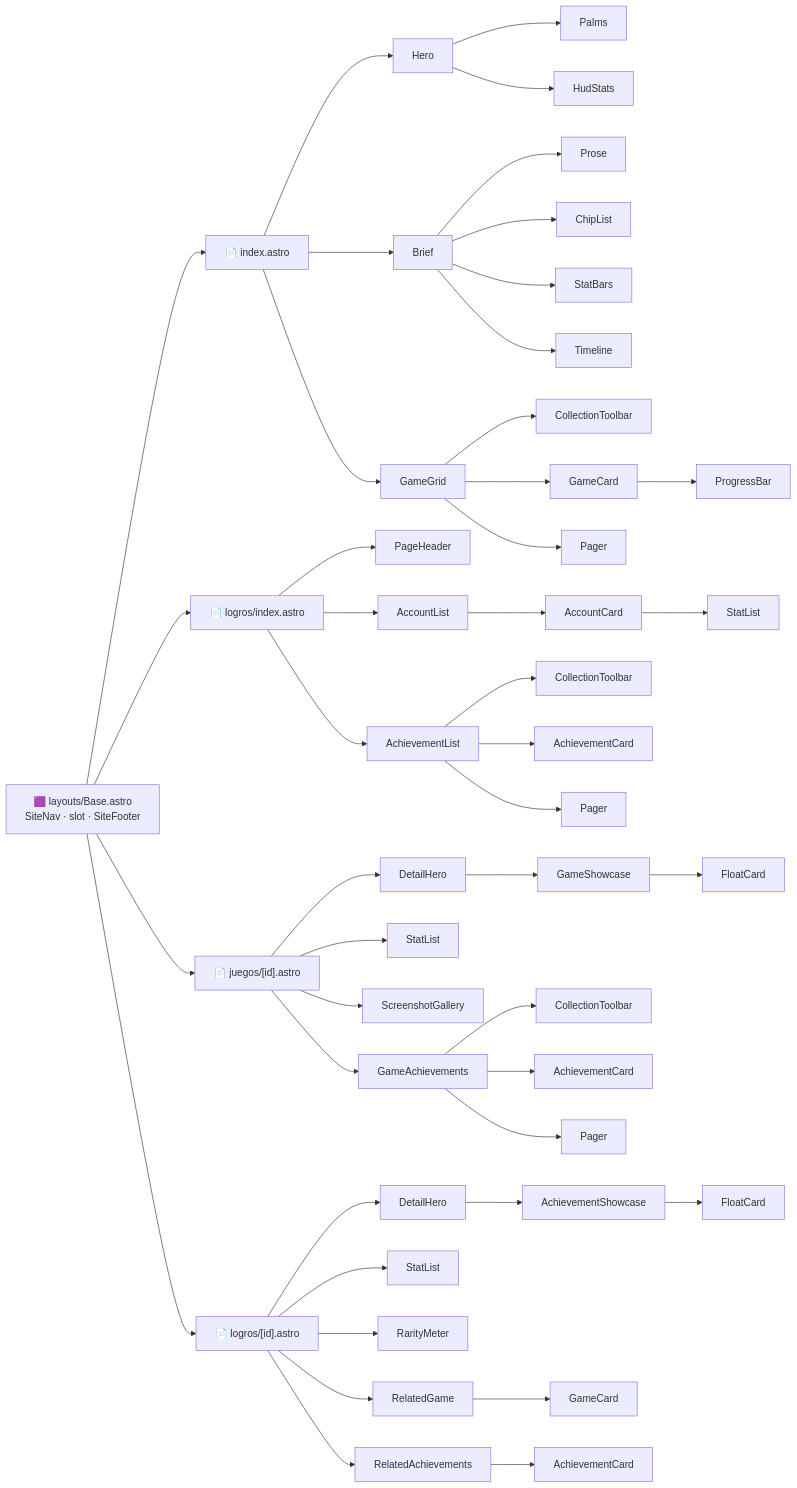
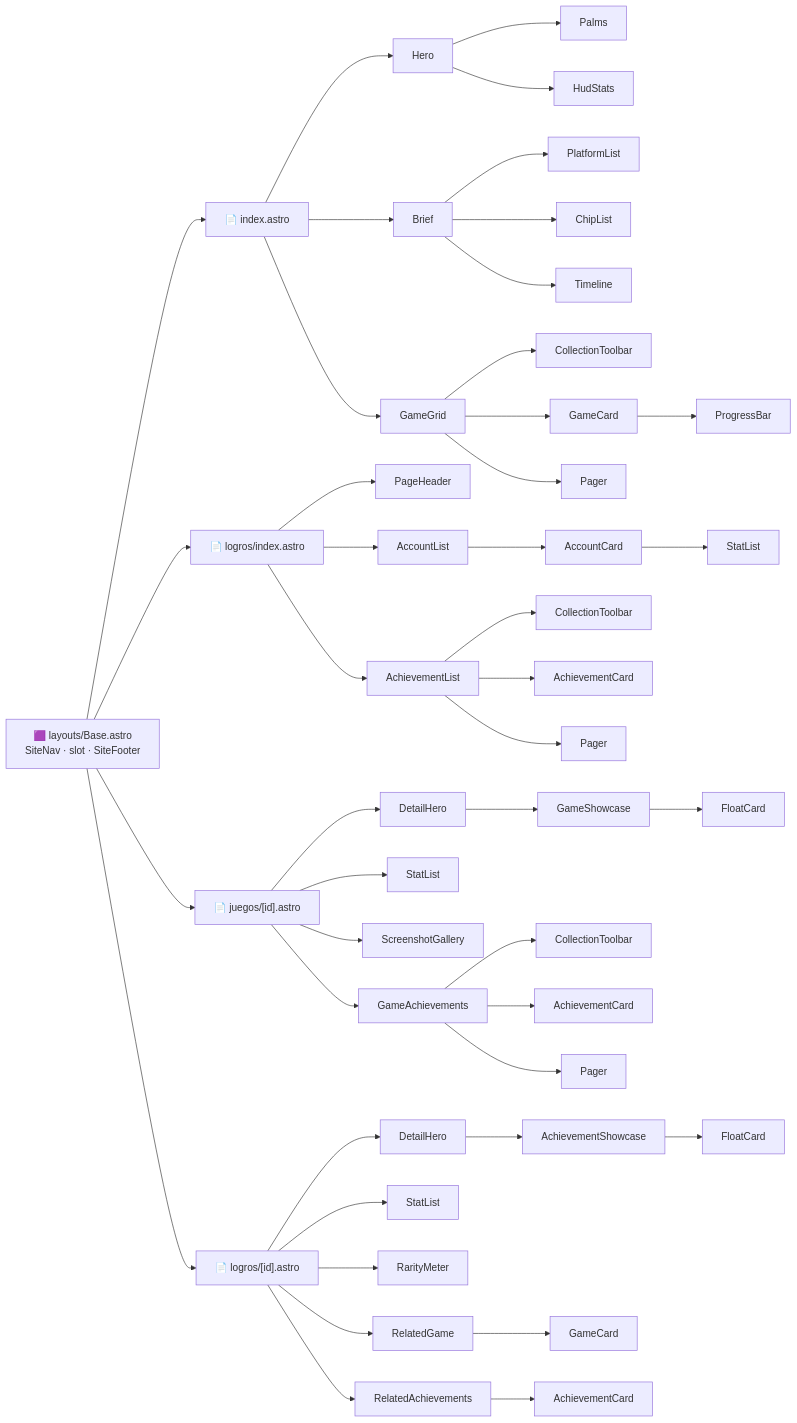
The diagram in docs/diagrams/07-arbol-componentes.mmd (augustobor/zar-game-retropage), drawn with Mermaid before and after one commit. The commit also changed 37 other files, not shown here.

```diff
--- a/docs/diagrams/07-arbol-componentes.mmd
+++ b/docs/diagrams/07-arbol-componentes.mmd
@@ -1,21 +1,21 @@
 flowchart LR
     BASE["🟪 layouts/Base.astro<br/>SiteNav · slot · SiteFooter"]
     BASE --> HOME["📄 index.astro"] & LOG["📄 logros/index.astro"] & GAME["📄 juegos/[id].astro"] & ACH["📄 logros/[id].astro"]
 
     HOME --> Hero --> Palms & HudStats
-    HOME --> Brief --> Prose & ChipList1[ChipList] & StatBars & Timeline
+    HOME --> Brief --> PlatformList & ChipList1[ChipList] & Timeline
     HOME --> GameGrid --> CT1[CollectionToolbar] & GameCard & P1[Pager]
     GameCard --> PB1[ProgressBar]
 
     LOG --> PageHeader
     LOG --> AccountList --> AccountCard --> SL1[StatList]
     LOG --> AchievementList --> CT2[CollectionToolbar] & AC1[AchievementCard] & P2[Pager]
 
     GAME --> DH1[DetailHero] --> GameShowcase --> FC1[FloatCard]
     GAME --> SL2[StatList] & ScreenshotGallery & GameAchievements
     GameAchievements --> CT3[CollectionToolbar] & AC2[AchievementCard] & P3[Pager]
 
     ACH --> DH2[DetailHero] --> AchievementShowcase --> FC2[FloatCard]
     ACH --> SL3[StatList] & RarityMeter & RelatedGame & RelatedAchievements
     RelatedGame --> GC2[GameCard]
     RelatedAchievements --> AC3[AchievementCard]
```
